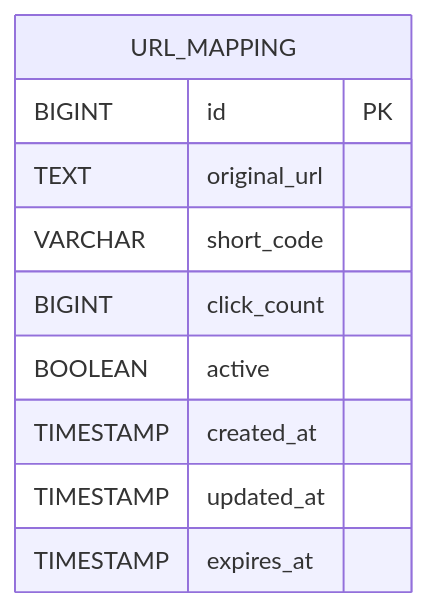
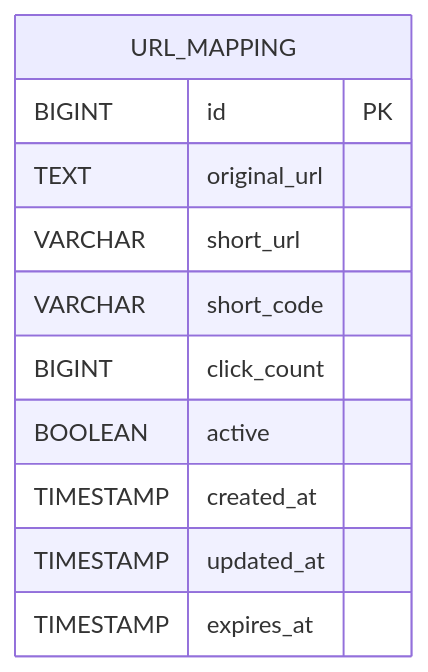
One commit to suyashsachan2304-lab/smarturl changed the fifth of 6 diagrams in README.md. Above: the diagram before and after it, drawn with Mermaid. The commit also changed other lines of this file and 11 other files, not shown here.

````diff
--- a/README.md
+++ b/README.md
@@ -277,16 +412,17 @@
 ```mermaid
 erDiagram
 
     URL_MAPPING {
 
         BIGINT id PK
         TEXT original_url
+        VARCHAR short_url
         VARCHAR short_code
         BIGINT click_count
         BOOLEAN active
         TIMESTAMP created_at
         TIMESTAMP updated_at
         TIMESTAMP expires_at
 
     }
 ```
````
